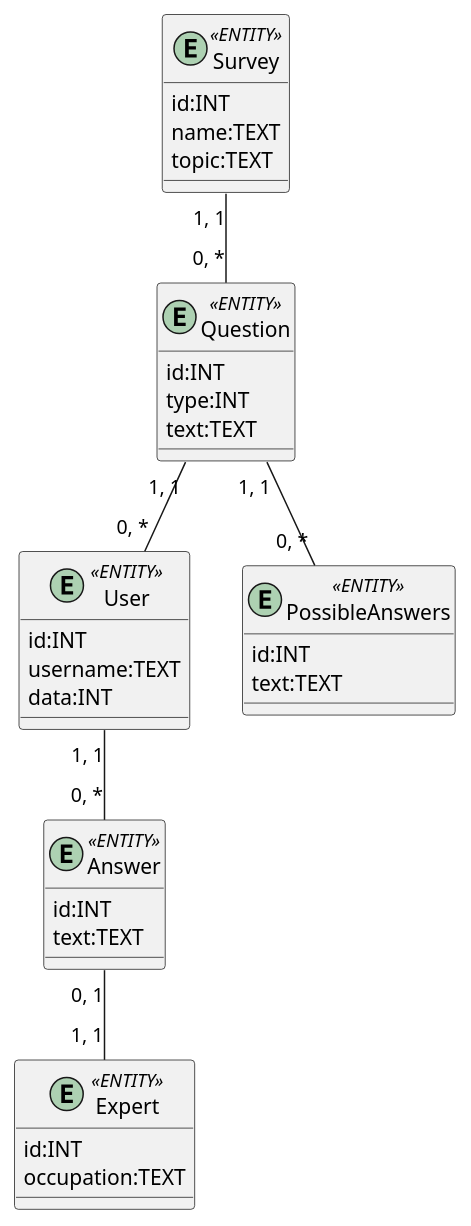
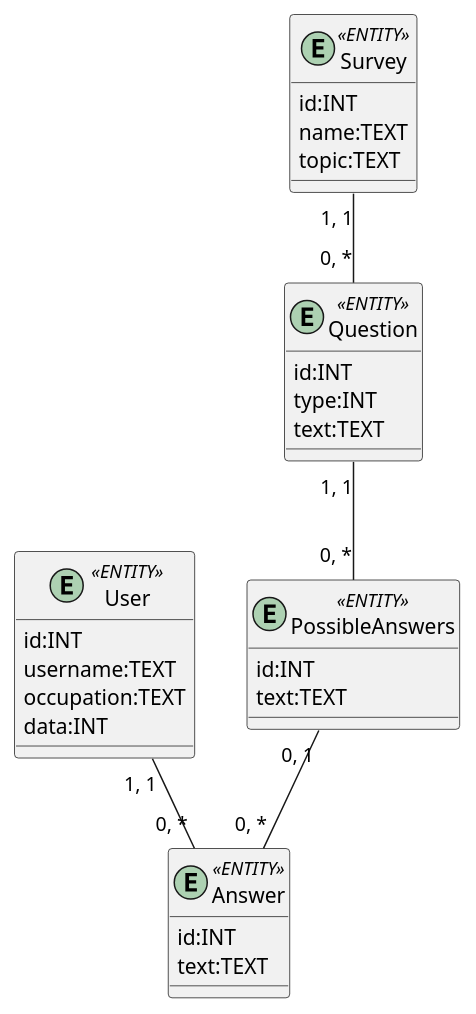
The diagram in src/uml/ER_model.puml (NothingIsMatter/database_basics_template), drawn with PlantUML before and after one commit. The commit also changed 1 other file, not shown here.

```diff
--- a/src/uml/ER_model.puml
+++ b/src/uml/ER_model.puml
@@ -1,40 +1,36 @@
 @startuml
 entity User <<ENTITY>> {
     id:INT
     username:TEXT
+    occupation:TEXT
     data:INT
   }
 
-  entity Expert <<ENTITY>>{
-    id:INT
-    occupation:TEXT
-  }
 
   entity Survey <<ENTITY>>{
     id:INT
     name:TEXT
     topic:TEXT
   }
 
   entity Question <<ENTITY>>{
     id:INT
     type:INT
     text:TEXT
   }
 
   entity Answer <<ENTITY>> {
     id:INT
     text:TEXT
   }
 
   entity PossibleAnswers <<ENTITY>> {
     id:INT
     text:TEXT
   }
 
   Question "0, *" -u- "1, 1" Survey
-  Expert "1, 1" -u- "0, 1" Answer
-  User "0, *" -u- "1, 1" Question
+  Answer "0, *" -u- "0, 1" PossibleAnswers
   Answer "0, *" -u- "1, 1" User
   PossibleAnswers "0, *" -u- "1, 1" Question
 @enduml
```
